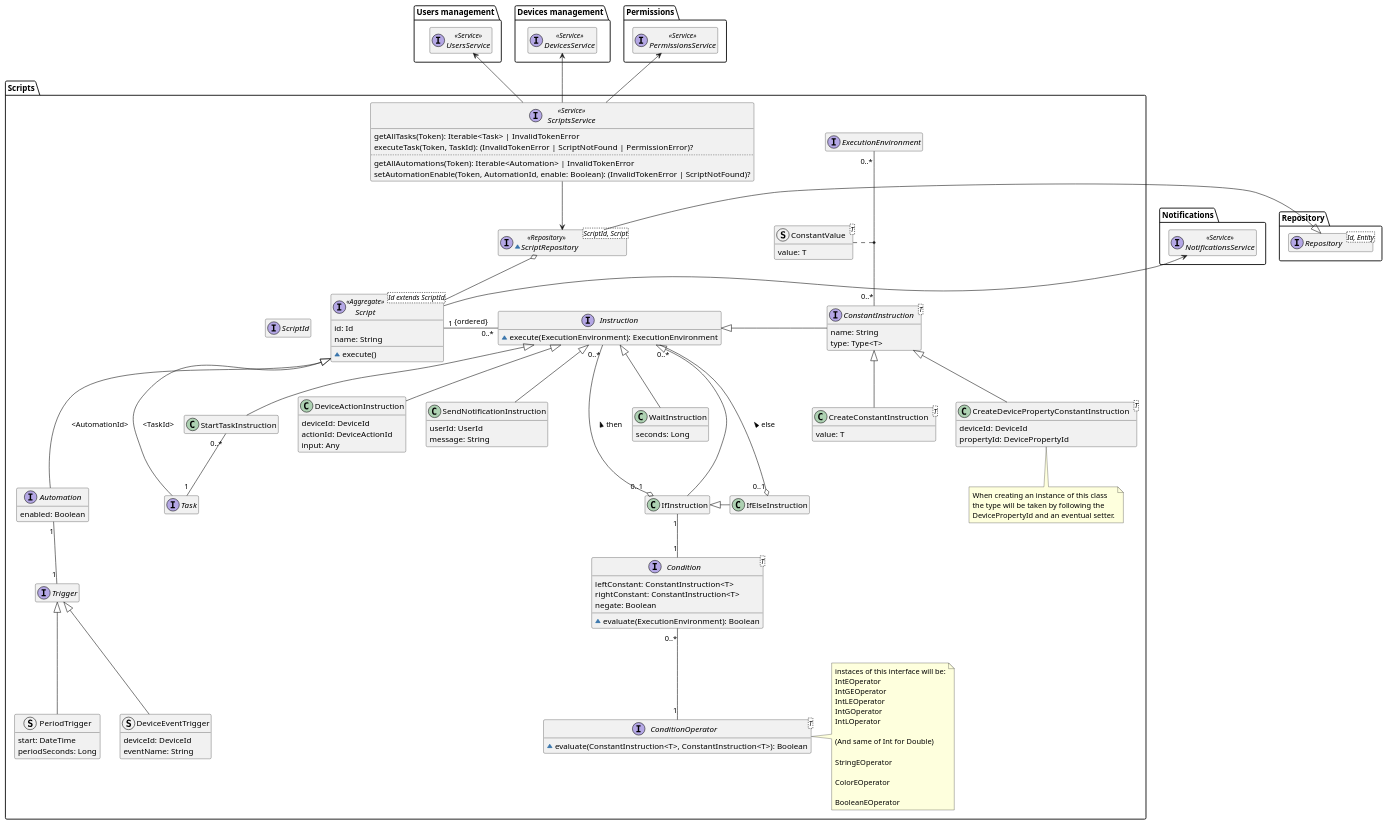
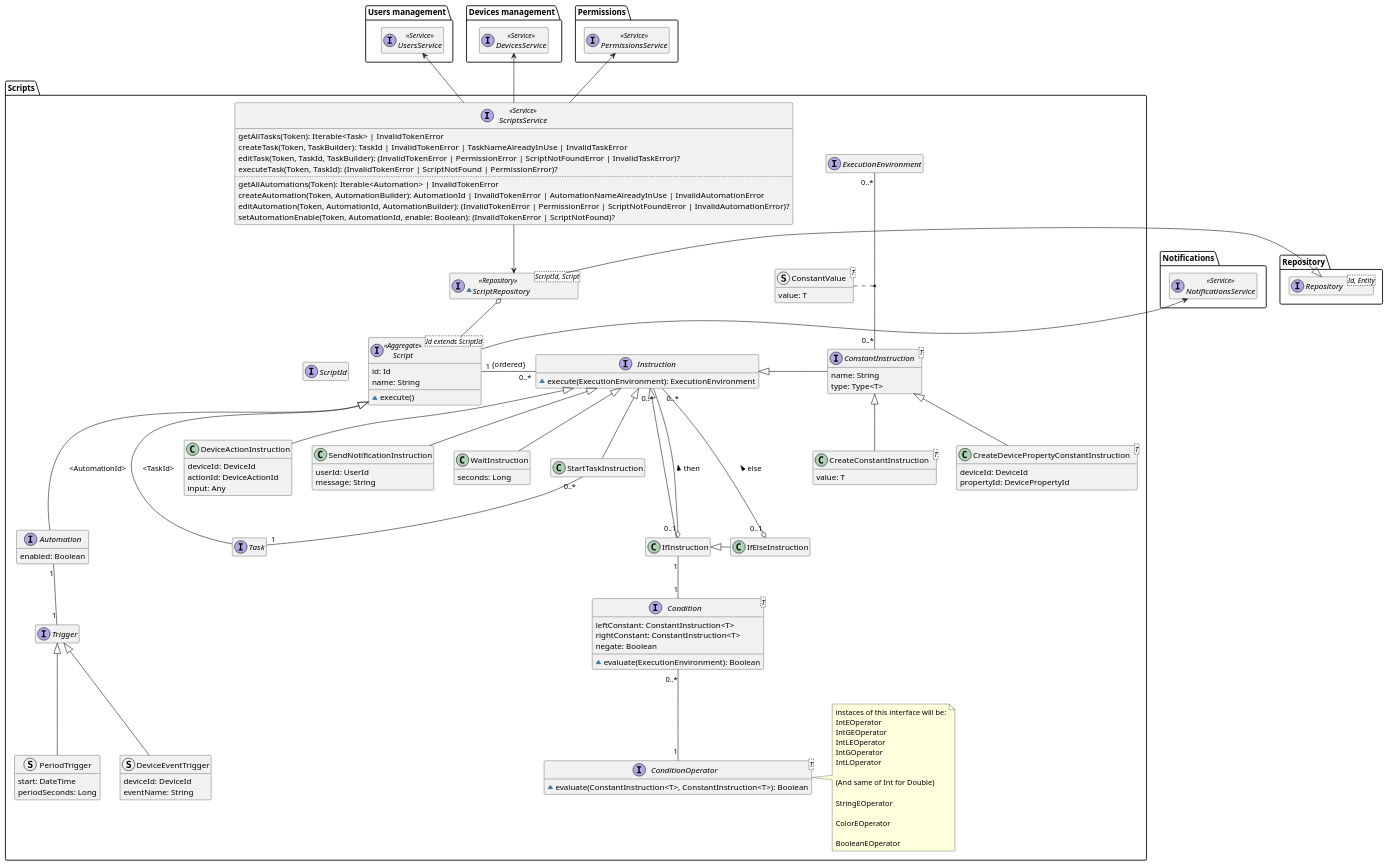
The diagram in diagrams/src/scripts-domain-model.puml (DomoticASW/.github), drawn with PlantUML before and after one commit. The commit also changed 4 other files, not shown here.

Commit message:
add builders for Task and Automation

```diff
--- a/diagrams/src/scripts-domain-model.puml
+++ b/diagrams/src/scripts-domain-model.puml
@@ -1,164 +1,163 @@
 @startuml scripts-domain-model
 
 hide empty members
 package Repository{
     interface Repository<Id, Entity>
 }
 
 package "Users management" as UsersManagement {
     interface UsersService <<Service>>
 }
 
 package "Devices management" as DevicesManagement {
     interface DevicesService <<Service>>
 }
 
 package Permissions {
     interface PermissionsService <<Service>>
 }
 
 package Notifications {
     interface NotificationsService <<Service>>
 }
 
 package "Scripts" {
 
     interface ScriptId
 
     interface Script<Id extends ScriptId> <<Aggregate>> {
         id: Id
         name: String
         ~execute()
     }
 
     interface Task
     interface Automation {
         enabled: Boolean
     }
 
     interface Trigger
 
     struct DeviceEventTrigger extends Trigger {
         deviceId: DeviceId
         eventName: String
     }
 
     struct PeriodTrigger extends Trigger {
         start: DateTime
         periodSeconds: Long
     }
 
     interface Instruction {
         ~execute(ExecutionEnvironment): ExecutionEnvironment
     }
     class StartTaskInstruction extends Instruction
 
     class DeviceActionInstruction extends Instruction {
         deviceId: DeviceId
         actionId: DeviceActionId
         input: Any
     }
 
     class IfInstruction
 
     class IfElseInstruction
 
     class SendNotificationInstruction extends Instruction {
         userId: UserId
         message: String
     }
 
     class WaitInstruction extends Instruction {
         seconds: Long
     }
 
     interface ConstantInstruction<T> {
         name: String
         type: Type<T>
     }
 
     class CreateDevicePropertyConstantInstruction<T> extends ConstantInstruction {
         deviceId: DeviceId
         propertyId: DevicePropertyId
     }
-    note bottom of CreateDevicePropertyConstantInstruction
-        When creating an instance of this class
-        the type will be taken by following the
-        DevicePropertyId and an eventual setter.
-    end note
 
     class CreateConstantInstruction<T> extends ConstantInstruction {
         value: T
     }
 
     interface Condition<T> {
         leftConstant: ConstantInstruction<T>
         rightConstant: ConstantInstruction<T>
         negate: Boolean
         ~evaluate(ExecutionEnvironment): Boolean
     }
 
     interface ConditionOperator<T> {
         ~evaluate(ConstantInstruction<T>, ConstantInstruction<T>): Boolean
     }
 
     note right of ConditionOperator
         instaces of this interface will be:
         IntEOperator
         IntGEOperator
         IntLEOperator
         IntGOperator
         IntLOperator
 
         (And same of Int for Double)
 
         StringEOperator
 
         ColorEOperator
 
         BooleanEOperator
     end note
 
     interface ExecutionEnvironment
 
     struct ConstantValue<T> {
         value: T
     }
 
     ExecutionEnvironment "0..*" -- "0..*" ConstantInstruction
     ConstantValue .. (ExecutionEnvironment, ConstantInstruction)
 
     ~interface ScriptRepository<ScriptId, Script> <<Repository>> {
     }
     ScriptRepository -l-|> Repository.Repository
     ScriptRepository o-- Script
 
     interface ScriptsService <<Service>> {
         getAllTasks(Token): Iterable<Task> | InvalidTokenError
+        createTask(Token, TaskBuilder): TaskId | InvalidTokenError | TaskNameAlreadyInUse | InvalidTaskError
+        editTask(Token, TaskId, TaskBuilder): (InvalidTokenError | PermissionError | ScriptNotFoundError | InvalidTaskError)?
         executeTask(Token, TaskId): (InvalidTokenError | ScriptNotFound | PermissionError)?
         ..
         getAllAutomations(Token): Iterable<Automation> | InvalidTokenError
+        createAutomation(Token, AutomationBuilder): AutomationId | InvalidTokenError | AutomationNameAlreadyInUse | InvalidAutomationError
+        editAutomation(Token, AutomationId, AutomationBuilder): (InvalidTokenError | PermissionError | ScriptNotFoundError | InvalidAutomationError)?
         setAutomationEnable(Token, AutomationId, enable: Boolean): (InvalidTokenError | ScriptNotFound)?
     }
 
     Script -l[hidden] ScriptId
     Script <|-- Task : "<TaskId>"
     Script <|--- Automation : "<AutomationId>"
     Automation "1" -- "1" Trigger
     Script "1" -r- "0..*" Instruction : "{ordered}"
     IfInstruction --u-|> Instruction
     IfElseInstruction -l-|> IfInstruction
     IfInstruction "0..1" o-u- "0..*" Instruction : "then >"
     IfInstruction "1" -- "1" Condition
     IfElseInstruction "0..1" o-u- "0..*" Instruction : "else >"
     StartTaskInstruction "0..*" -- "1" Task
     Condition "0..*" -- "1" ConditionOperator
     ConstantInstruction -l-|> Instruction
     ScriptsService --> ScriptRepository
     ScriptsService -u-> Permissions.PermissionsService
     ScriptsService -u-> DevicesManagement.DevicesService
     ScriptsService -u-> UsersManagement.UsersService
     Script -u-> Notifications.NotificationsService
 }
 
 @enduml
```
